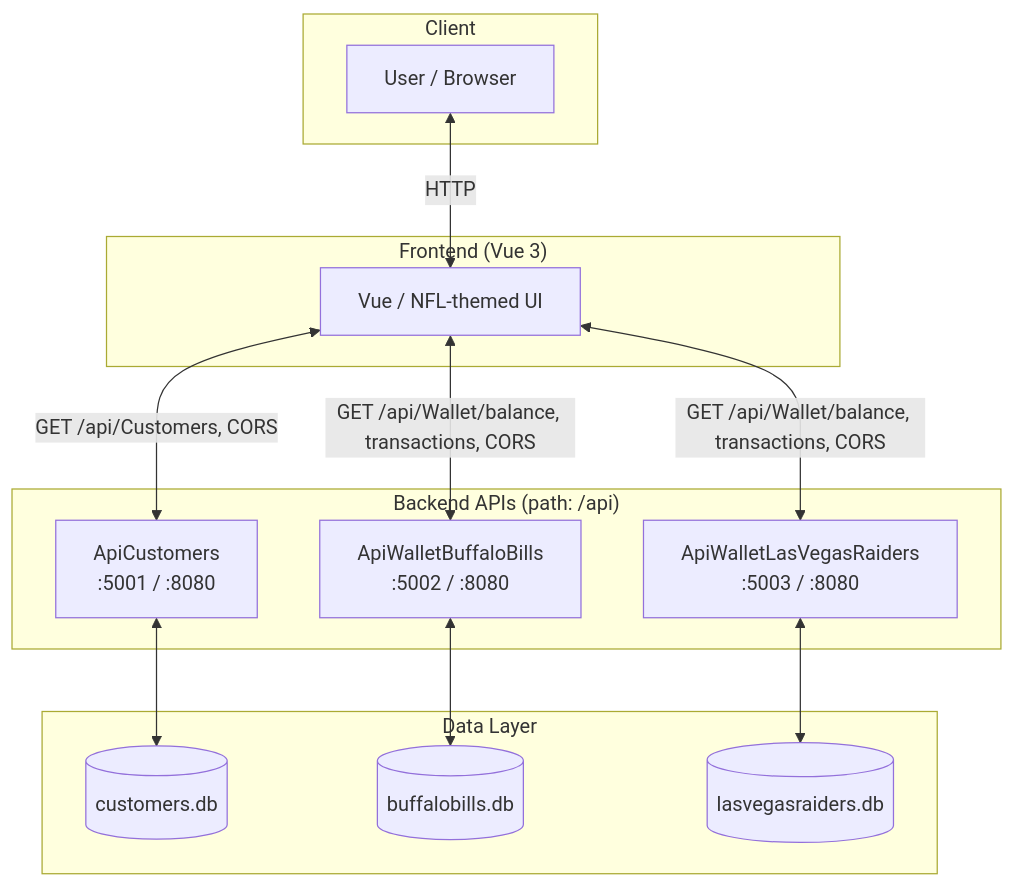
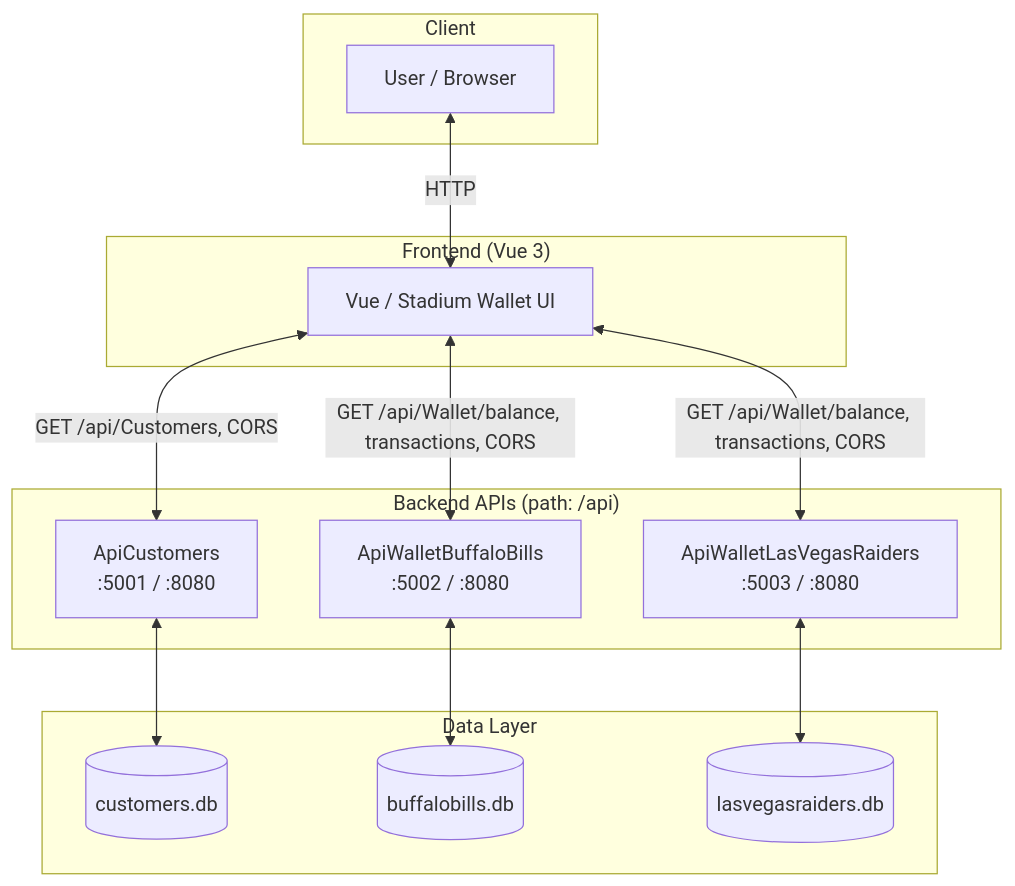
One commit to maximilianoPizarro/NFL-Wallet changed the first of 3 diagrams in README.md. Above: the diagram before and after it, drawn with Mermaid. The commit also changed other lines of this file and 34 other files, not shown here.

Commit message:
add new logo Stadium Wallet

````diff
--- a/README.md
+++ b/README.md
@@ -23,30 +23,30 @@
 ```mermaid
 flowchart TB
     subgraph Client["Client"]
         User[User / Browser]
     end
 
     subgraph WebApp["Frontend (Vue 3)"]
-        UI[Vue / NFL-themed UI]
+        UI[Vue / Stadium Wallet UI]
     end
 
     subgraph APIs["Backend APIs (path: /api)"]
         ApiCustomers[ApiCustomers<br/>:5001 / :8080]
         ApiBuffalo[ApiWalletBuffaloBills<br/>:5002 / :8080]
         ApiRaiders[ApiWalletLasVegasRaiders<br/>:5003 / :8080]
     end
 
     subgraph Data["Data Layer"]
         DB1[(customers.db)]
         DB2[(buffalobills.db)]
         DB3[(lasvegasraiders.db)]
     end
 
     User <-->|HTTP| UI
     UI <-->|GET /api/Customers, CORS| ApiCustomers
     UI <-->|GET /api/Wallet/balance, transactions, CORS| ApiBuffalo
     UI <-->|GET /api/Wallet/balance, transactions, CORS| ApiRaiders
     ApiCustomers <--> DB1
     ApiBuffalo <--> DB2
     ApiRaiders <--> DB3
 ```
````
